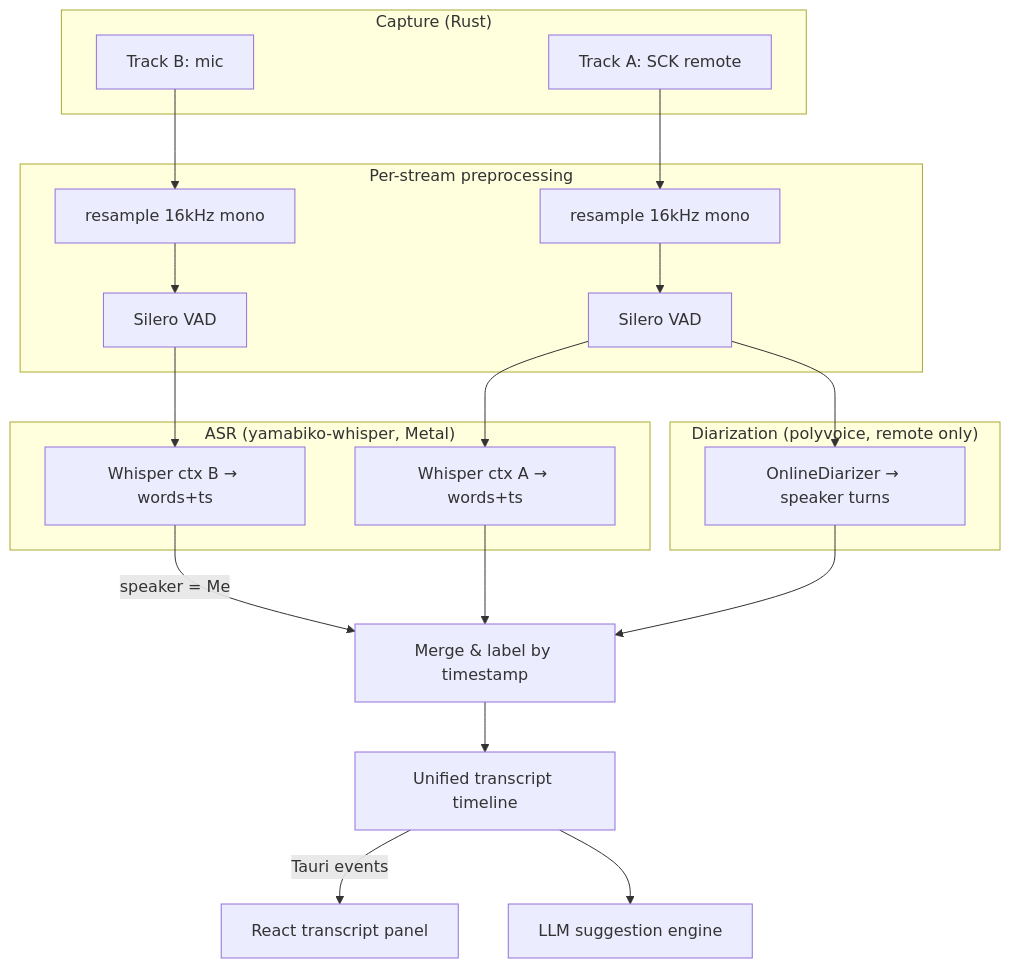
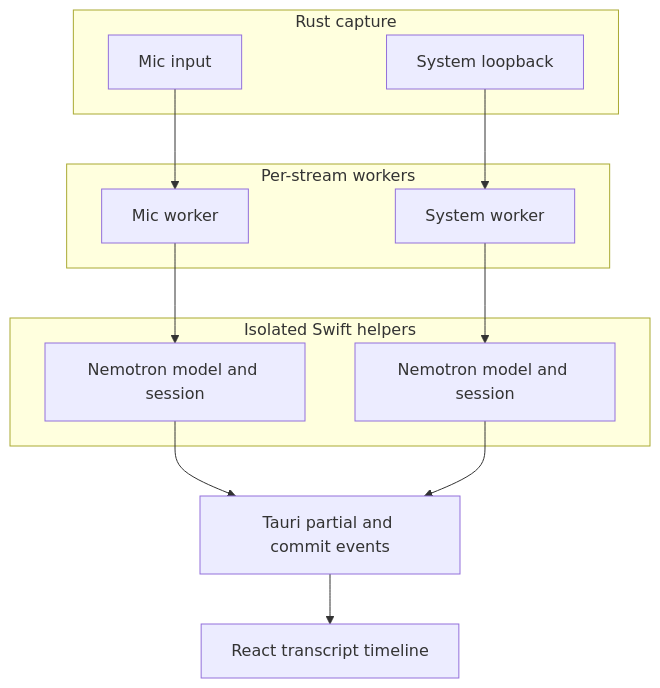
The diagram in docs/technical/realtime-transcription.md (pavelsvitek/realtime-transcription), drawn with Mermaid before and after one commit. The commit also changed other lines of this file and 55 other files, not shown here.

First line of the commit message:
Replace WhisperKit with Nemotron streaming ASR on Apple Silicon.

````diff
--- a/docs/technical/realtime-transcription.md
+++ b/docs/technical/realtime-transcription.md
@@ -79,30 +16,23 @@
 ```mermaid
 flowchart TB
-  subgraph capture ["Capture (Rust)"]
-    A[Track A: SCK remote]
-    B[Track B: mic]
+  subgraph capture [Rust capture]
+    Mic[Mic input]
+    System[System loopback]
   end
 
-  subgraph prep ["Per-stream preprocessing"]
-    A --> RA[resample 16kHz mono]
-    B --> RB[resample 16kHz mono]
-    RA --> VA[Silero VAD]
-    RB --> VB[Silero VAD]
+  subgraph workers [Per-stream workers]
+    MicWorker[Mic worker]
+    SystemWorker[System worker]
   end
 
-  subgraph asr ["ASR (yamabiko-whisper, Metal)"]
-    VA --> WA[Whisper ctx A → words+ts]
-    VB --> WB[Whisper ctx B → words+ts]
+  subgraph helpers [Isolated Swift helpers]
+    MicModel[Nemotron model and session]
+    SystemModel[Nemotron model and session]
   end
 
-  subgraph diar ["Diarization (polyvoice, remote only)"]
-    VA --> D[OnlineDiarizer → speaker turns]
-  end
-
-  WB -->|speaker = Me| MERGE[Merge & label by timestamp]
-  WA --> MERGE
-  D --> MERGE
-  MERGE --> TL[Unified transcript timeline]
-  TL -->|Tauri events| UI[React transcript panel]
-  TL --> LLM[LLM suggestion engine]
+  Mic --> MicWorker --> MicModel
+  System --> SystemWorker --> SystemModel
+  MicModel --> Events[Tauri partial and commit events]
+  SystemModel --> Events
+  Events --> Timeline[React transcript timeline]
 ```
````
